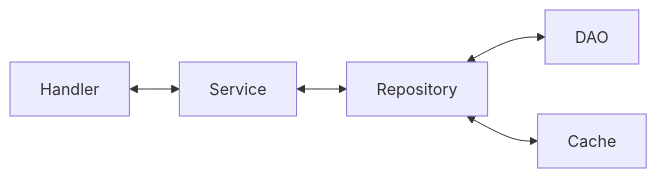
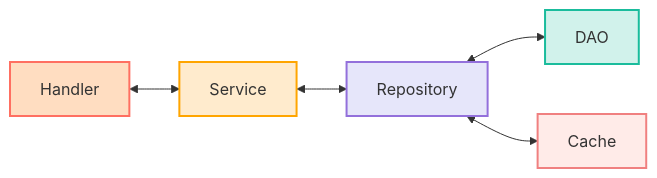
One commit to hcjjj/content-share-platform changed the first of 2 diagrams in README.md. Above: the diagram before and after it, drawn with Mermaid. The commit also changed other lines of this file and 23 other files, not shown here.

````diff
--- a/README.md
+++ b/README.md
@@ -10,8 +10,13 @@
 ```mermaid
 flowchart LR
+    style A fill:#FFDDC1,stroke:#FF6F61,stroke-width:2px
+    style B fill:#FFEBCD,stroke:#FFA500,stroke-width:2px
+    style C fill:#E6E6FA,stroke:#9370DB,stroke-width:2px
+    style D fill:#D1F2EB,stroke:#1ABC9C,stroke-width:2px
+    style E fill:#FFEBE8,stroke:#F08080,stroke-width:2px
+
     A[Handler] <--> B[Service]
     B <--> C[Repository]
     C <--> D[DAO]
     C <--> E[Cache]
-
 ```
````
